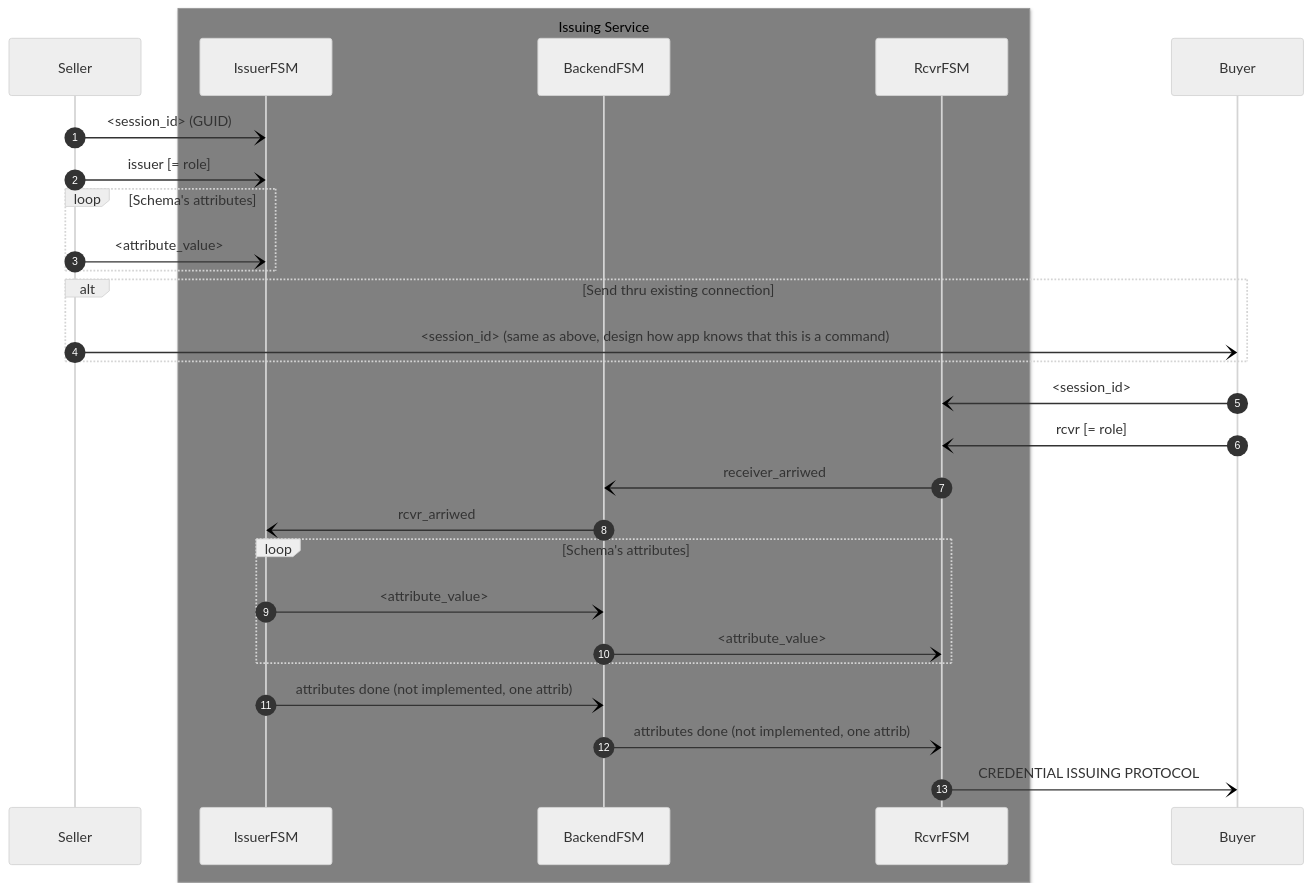
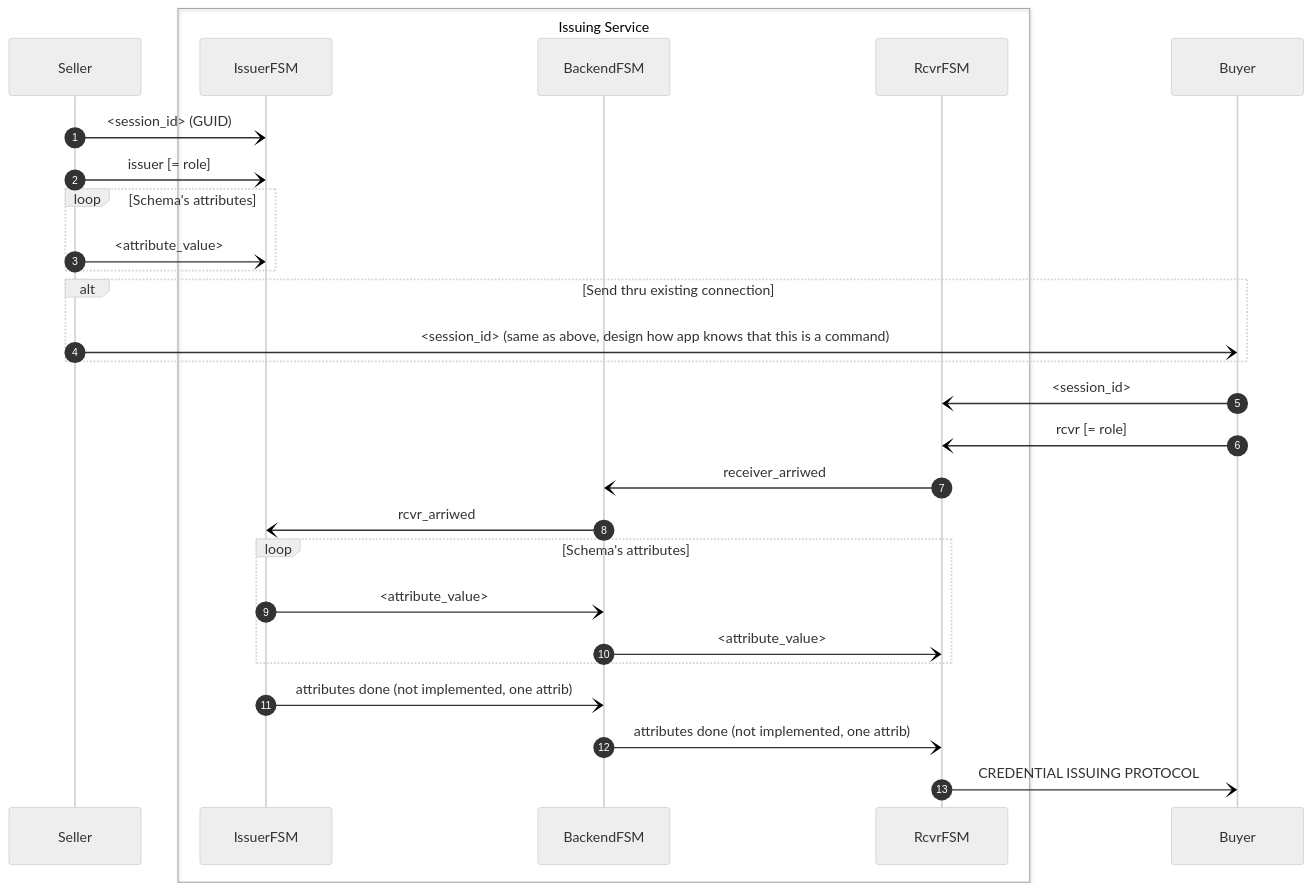
The diagram in scripts/fullstack/fsm/README.md (findy-network/findy-agent-cli), drawn with Mermaid (neutral theme) before and after one commit. The commit also changed other lines of this file, not shown here.

Commit message:
more background, and open the sequence steps

````diff
--- a/scripts/fullstack/fsm/README.md
+++ b/scripts/fullstack/fsm/README.md
@@ -133,38 +182,38 @@
 ```mermaid
 sequenceDiagram
     autonumber
 
     participant Seller
 
-    box Grey Issuing Service
+    box Issuing Service
     participant IssuerFSM
     participant BackendFSM
     participant RcvrFSM
     end
 
     participant Buyer
 
     Seller -) IssuerFSM: <session_id> (GUID)
     Seller -) IssuerFSM: issuer [= role]
     loop Schema's attributes
     Seller -) IssuerFSM: <attribute_value>
     end
 
     alt Send thru existing connection 
     Seller -) Buyer: <session_id> (same as above, design how app knows that this is a command)
     end
 
     Buyer -) RcvrFSM: <session_id>
     Buyer -) RcvrFSM: rcvr [= role]
 
     RcvrFSM -) BackendFSM: receiver_arriwed
     BackendFSM -) IssuerFSM: rcvr_arriwed
     loop Schema's attributes
     IssuerFSM -) BackendFSM: <attribute_value>
     BackendFSM -) RcvrFSM: <attribute_value>
     end
     IssuerFSM -) BackendFSM: attributes done (not implemented, one attrib)
     BackendFSM -) RcvrFSM: attributes done (not implemented, one attrib)
 
     RcvrFSM -) Buyer: CREDENTIAL ISSUING PROTOCOL
 ```
````
